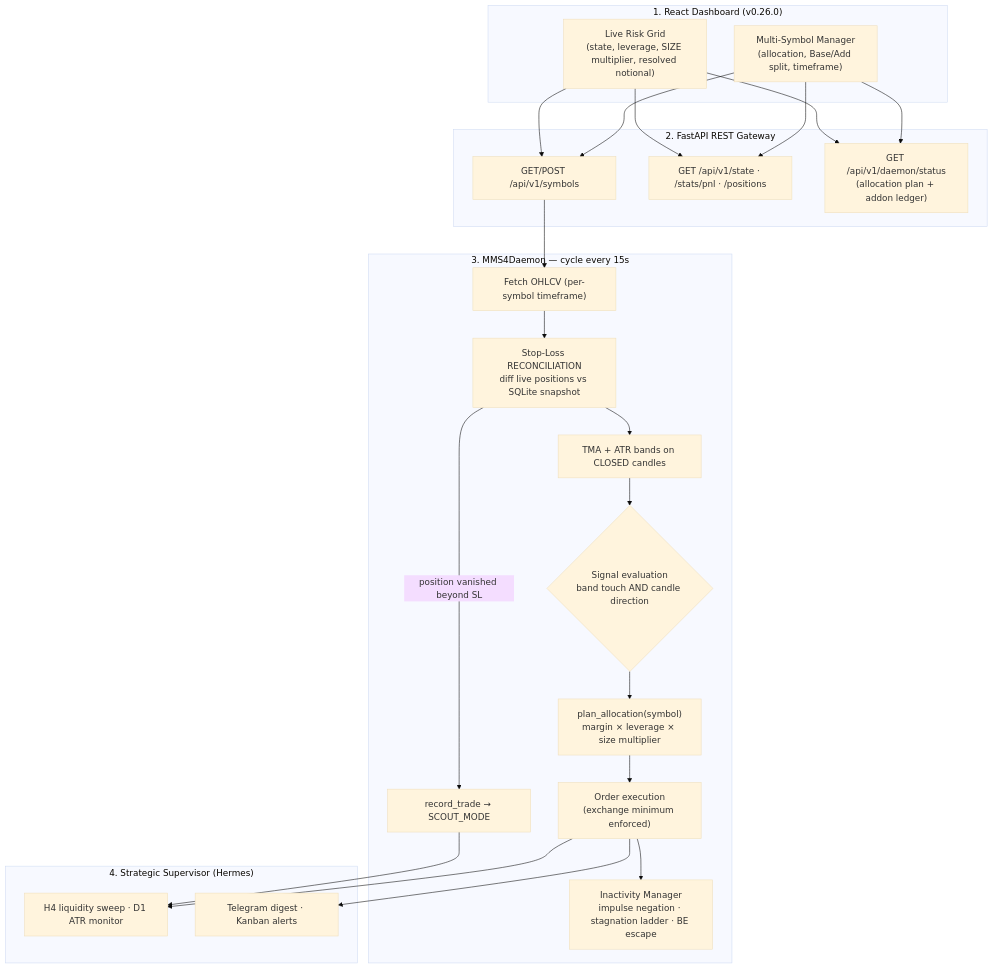
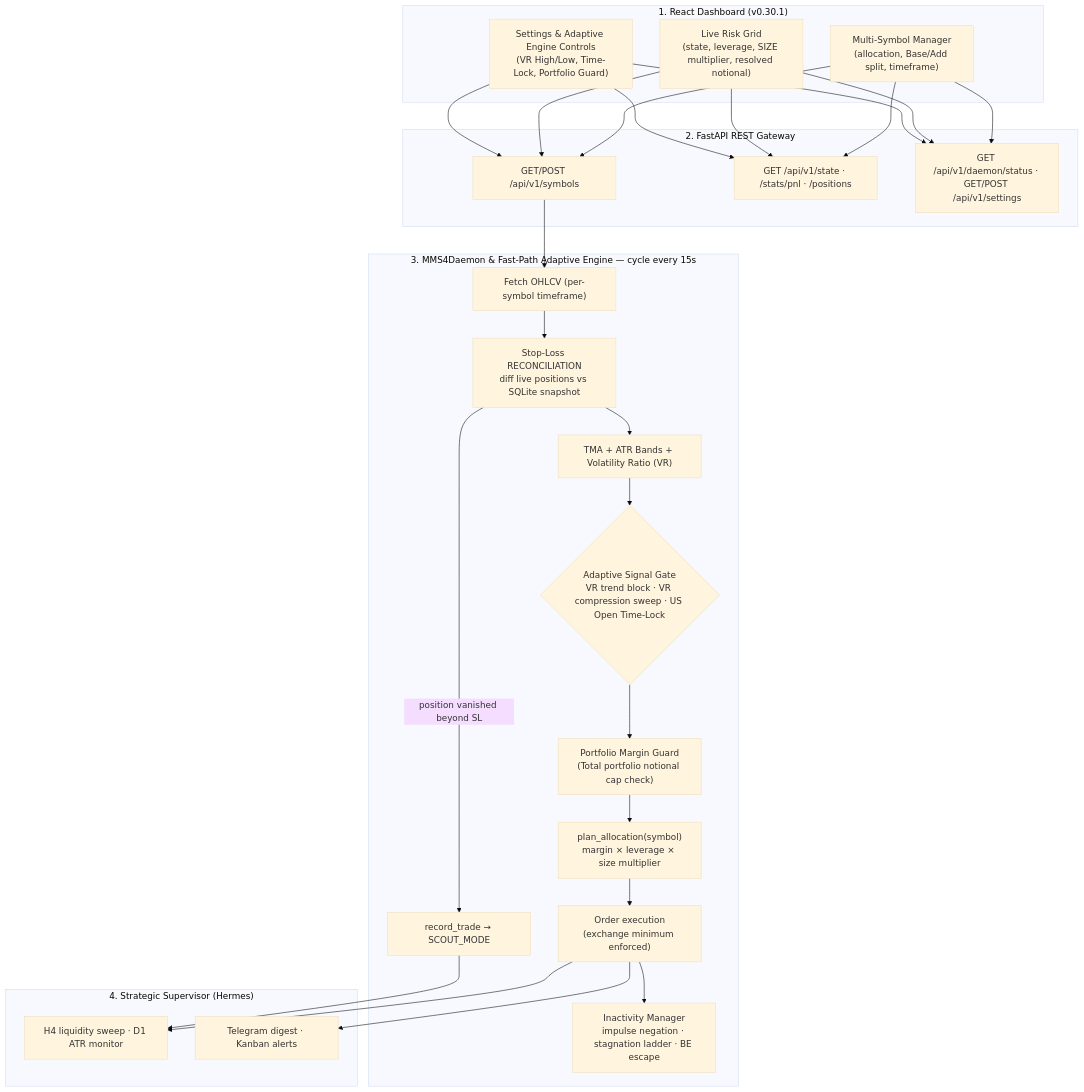
The diagram in README.md (tkogut/mms4tk), drawn with Mermaid (base theme) before and after one commit. The commit also changed other lines of this file and 7 other files, not shown here.

````diff
--- a/README.md
+++ b/README.md
@@ -29,36 +28,38 @@
 ```mermaid
 flowchart TD
-    subgraph UI["1. React Dashboard (v0.26.0)"]
+    subgraph UI["1. React Dashboard (v0.30.1)"]
         A1["Multi-Symbol Manager<br/>(allocation, Base/Add split, timeframe)"]
         A2["Live Risk Grid<br/>(state, leverage, SIZE multiplier, resolved notional)"]
+        A3["Settings & Adaptive Engine Controls<br/>(VR High/Low, Time-Lock, Portfolio Guard)"]
     end
 
     subgraph API["2. FastAPI REST Gateway"]
         B1["GET/POST /api/v1/symbols"]
         B2["GET /api/v1/state · /stats/pnl · /positions"]
-        B3["GET /api/v1/daemon/status<br/>(allocation plan + addon ledger)"]
+        B3["GET /api/v1/daemon/status · GET/POST /api/v1/settings"]
     end
 
-    subgraph ENGINE["3. MMS4Daemon — cycle every 15s"]
+    subgraph ENGINE["3. MMS4Daemon & Fast-Path Adaptive Engine — cycle every 15s"]
         C1["Fetch OHLCV (per-symbol timeframe)"]
         C2["Stop-Loss RECONCILIATION<br/>diff live positions vs SQLite snapshot"]
-        C3["TMA + ATR bands on CLOSED candles"]
-        C4{"Signal evaluation<br/>band touch AND candle direction"}
-        C5["plan_allocation(symbol)<br/>margin × leverage × size multiplier"]
-        C6["Order execution<br/>(exchange minimum enforced)"]
-        C7["Inactivity Manager<br/>impulse negation · stagnation ladder · BE escape"]
-        C1 --> C2 --> C3 --> C4 --> C5 --> C6
+        C3["TMA + ATR Bands + Volatility Ratio (VR)"]
+        C4{"Adaptive Signal Gate<br/>VR trend block · VR compression sweep · US Open Time-Lock"}
+        C5["Portfolio Margin Guard<br/>(Total portfolio notional cap check)"]
+        C6["plan_allocation(symbol)<br/>margin × leverage × size multiplier"]
+        C7["Order execution<br/>(exchange minimum enforced)"]
+        C8["Inactivity Manager<br/>impulse negation · stagnation ladder · BE escape"]
+        C1 --> C2 --> C3 --> C4 --> C5 --> C6 --> C7
         C2 -->|position vanished beyond SL| ST["record_trade → SCOUT_MODE"]
-        C6 --> C7
+        C7 --> C8
     end
 
     subgraph HERMES["4. Strategic Supervisor (Hermes)"]
         D1["H4 liquidity sweep · D1 ATR monitor"]
         D2["Telegram digest · Kanban alerts"]
     end
 
-    A1 & A2 --> B1 & B2 & B3
+    A1 & A2 & A3 --> B1 & B2 & B3
     B1 --> C1
-    C6 --> D1 & D2
+    C7 --> D1 & D2
     ST --> D1
 ```
````
